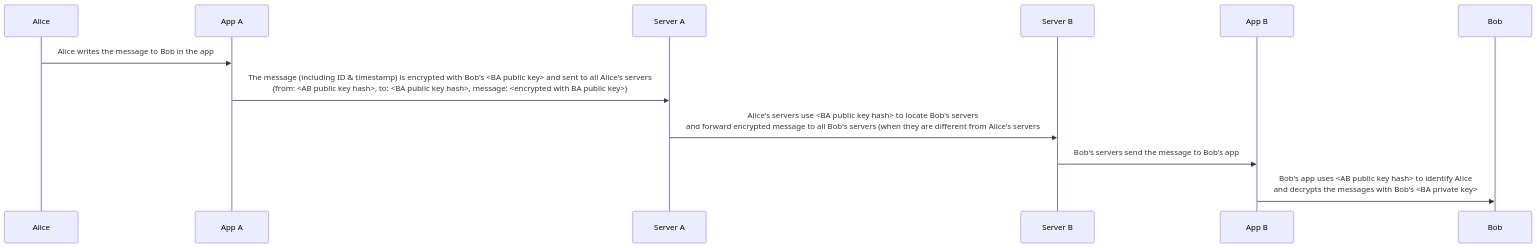
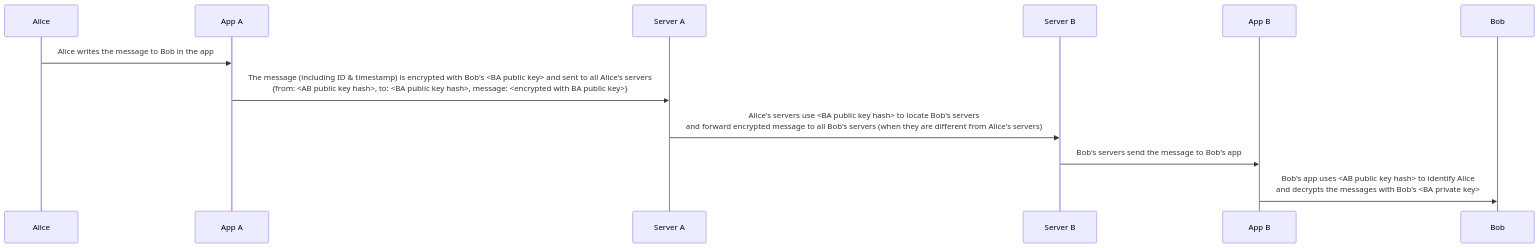
The diagram in diagrams/message.mmd (simplex-chat/simplex-chat), drawn with Mermaid before and after one commit. The commit also changed 4 other files, not shown here.

Commit message:
docs: adding connection diagram

```diff
--- a/diagrams/message.mmd
+++ b/diagrams/message.mmd
@@ -1,12 +1,12 @@
 sequenceDiagram
   participant Alice
   participant App A
   participant Server A
   participant Server B
   participant App B
   participant Bob
   Alice ->> App A: Alice writes the message to Bob in the app
   App A ->> Server A: The message (including ID & timestamp) is encrypted with Bob's <BA public key> and sent to all Alice's servers<br>{from: <AB public key hash>, to: <BA public key hash>, message: <encrypted with BA public key>}
-  Server A ->> Server B: Alice's servers use <BA public key hash> to locate Bob's servers<br>and forward encrypted message to all Bob's servers (when they are different from Alice's servers
+  Server A ->> Server B: Alice's servers use <BA public key hash> to locate Bob's servers<br>and forward encrypted message to all Bob's servers (when they are different from Alice's servers)
   Server B ->> App B: Bob's servers send the message to Bob's app
   App B ->> Bob: Bob's app uses <AB public key hash> to identify Alice<br>and decrypts the messages with Bob's <BA private key>
```
